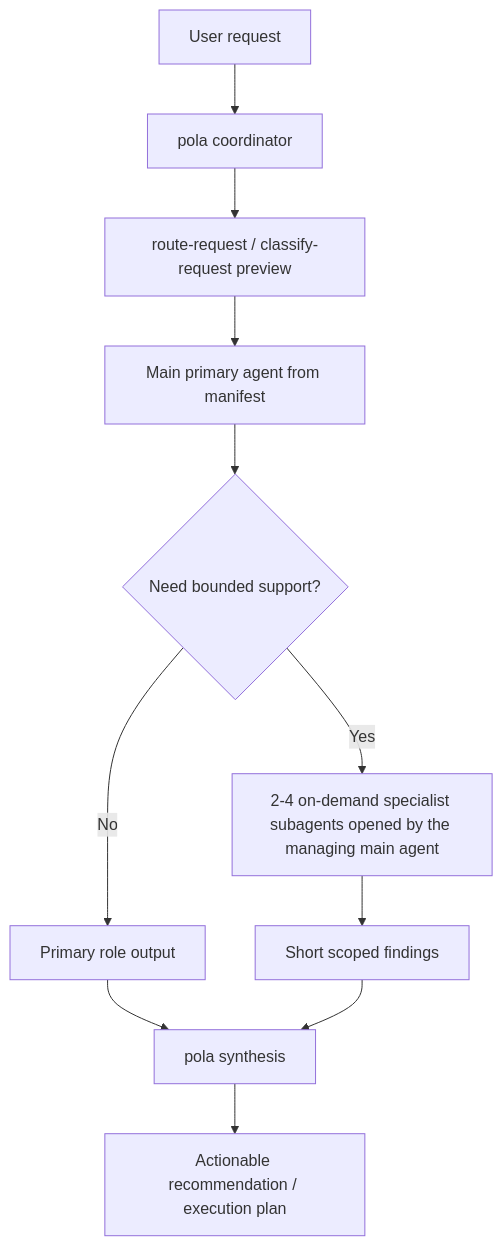
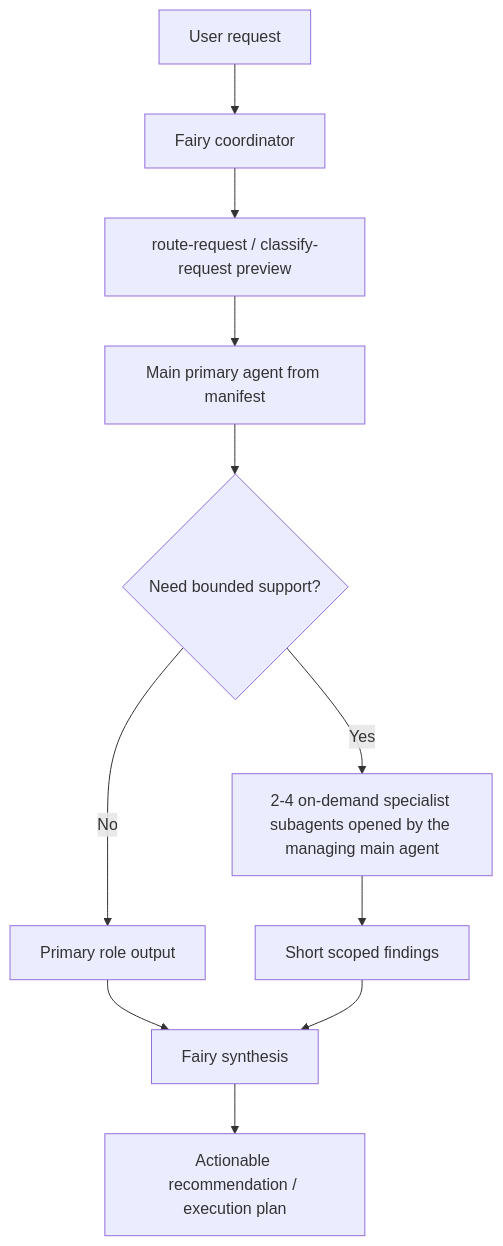
The second of 2 diagrams in .agents/README.md (liquiid727/SpecOps-Web-Console), drawn with Mermaid before and after one commit. The commit also changed other lines of this file and 126 other files, not shown here.

````diff
--- a/.agents/README.md
+++ b/.agents/README.md
@@ -187,13 +187,13 @@
 ```mermaid
 flowchart TD
-  A["User request"] --> B["pola coordinator"]
+  A["User request"] --> B["Fairy coordinator"]
   B --> C["route-request / classify-request preview"]
   C --> D["Main primary agent from manifest"]
   D --> E{"Need bounded support?"}
   E -->|No| F["Primary role output"]
   E -->|Yes| G["2-4 on-demand specialist subagents opened by the managing main agent"]
   G --> H["Short scoped findings"]
-  F --> I["pola synthesis"]
+  F --> I["Fairy synthesis"]
   H --> I
   I --> J["Actionable recommendation / execution plan"]
 ```
````
